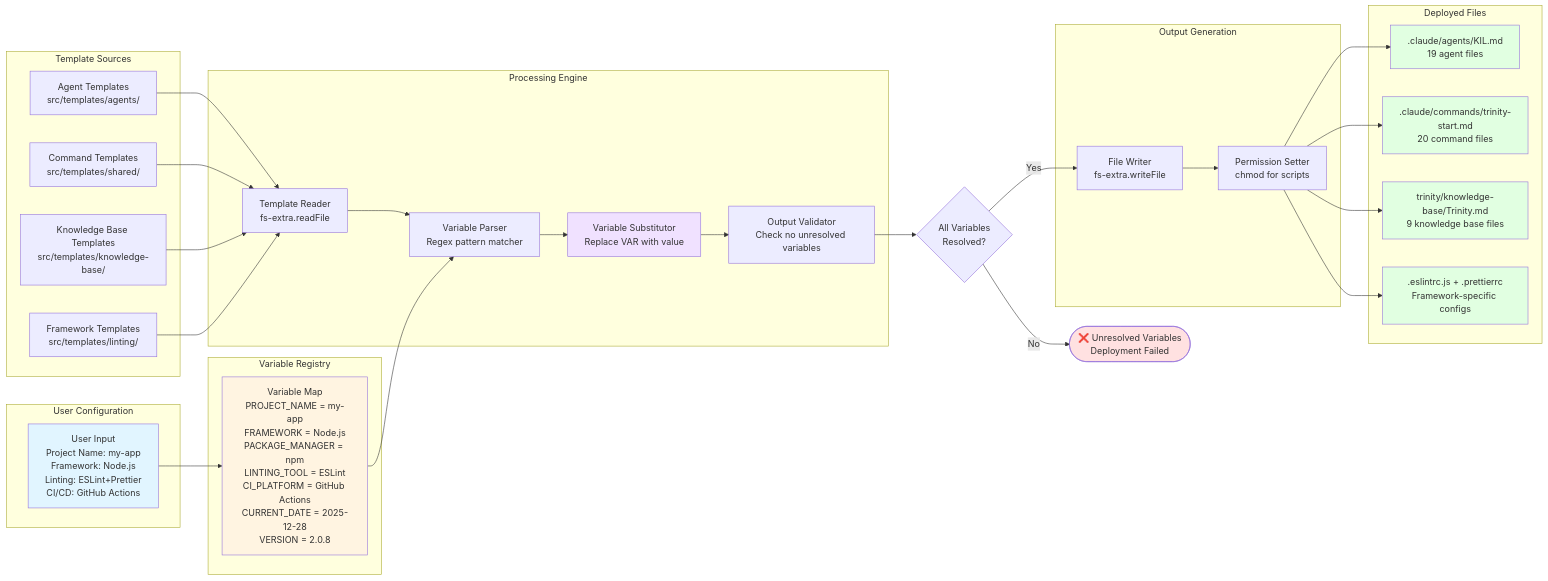
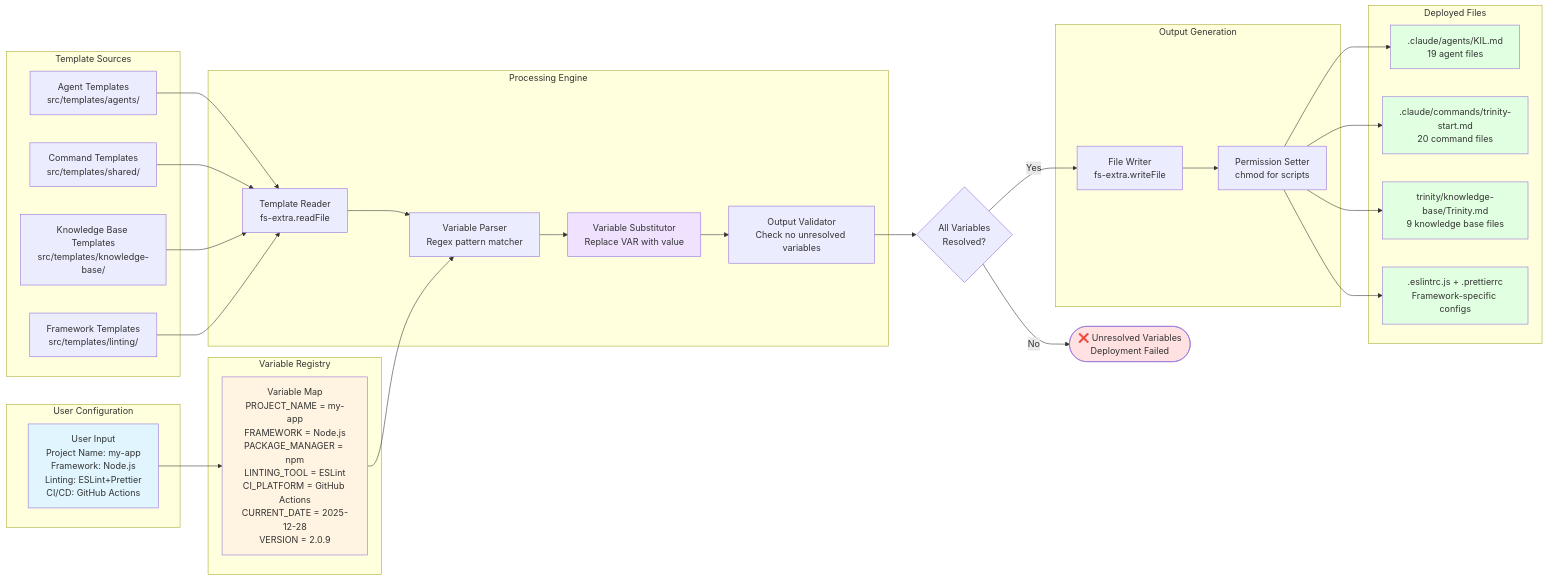
One commit to lukadfagundes/trinity-method-sdk changed the diagram in docs/images/template-processing-pipeline.md. Above: the diagram before and after it, drawn with Mermaid. The commit also changed other lines of this file and 61 other files, not shown here.

````diff
--- a/docs/images/template-processing-pipeline.md
+++ b/docs/images/template-processing-pipeline.md
@@ -3,66 +3,66 @@
 ```mermaid
 flowchart LR
     subgraph "Template Sources"
         T1[Agent Templates<br/>src/templates/agents/]
         T2[Command Templates<br/>src/templates/shared/]
         T3[Knowledge Base Templates<br/>src/templates/knowledge-base/]
         T4[Framework Templates<br/>src/templates/linting/]
     end
 
     subgraph "User Configuration"
         CONFIG[User Input<br/>Project Name: my-app<br/>Framework: Node.js<br/>Linting: ESLint+Prettier<br/>CI/CD: GitHub Actions]
     end
 
     subgraph "Variable Registry"
-        VARS["Variable Map<br/>PROJECT_NAME = my-app<br/>FRAMEWORK = Node.js<br/>PACKAGE_MANAGER = npm<br/>LINTING_TOOL = ESLint<br/>CI_PLATFORM = GitHub Actions<br/>CURRENT_DATE = 2025-12-28<br/>VERSION = 2.0.8"]
+        VARS["Variable Map<br/>PROJECT_NAME = my-app<br/>FRAMEWORK = Node.js<br/>PACKAGE_MANAGER = npm<br/>LINTING_TOOL = ESLint<br/>CI_PLATFORM = GitHub Actions<br/>CURRENT_DATE = 2025-12-28<br/>VERSION = 2.0.9"]
     end
 
     subgraph "Processing Engine"
         READER[Template Reader<br/>fs-extra.readFile]
         PARSER["Variable Parser<br/>Regex pattern matcher"]
         SUBSTITUTOR["Variable Substitutor<br/>Replace VAR with value"]
         VALIDATOR["Output Validator<br/>Check no unresolved variables"]
     end
 
     subgraph "Output Generation"
         WRITER[File Writer<br/>fs-extra.writeFile]
         PERMS[Permission Setter<br/>chmod for scripts]
     end
 
     subgraph "Deployed Files"
         OUT1[.claude/agents/KIL.md<br/>19 agent files]
         OUT2[.claude/commands/trinity-start.md<br/>20 command files]
         OUT3[trinity/knowledge-base/Trinity.md<br/>9 knowledge base files]
         OUT4[.eslintrc.js + .prettierrc<br/>Framework-specific configs]
     end
 
     CONFIG --> VARS
     T1 --> READER
     T2 --> READER
     T3 --> READER
     T4 --> READER
 
     READER --> PARSER
     VARS --> PARSER
     PARSER --> SUBSTITUTOR
     SUBSTITUTOR --> VALIDATOR
 
     VALIDATOR --> DECISION{All Variables<br/>Resolved?}
     DECISION -->|No| ERROR([❌ Unresolved Variables<br/>Deployment Failed])
     DECISION -->|Yes| WRITER
 
     WRITER --> PERMS
     PERMS --> OUT1
     PERMS --> OUT2
     PERMS --> OUT3
     PERMS --> OUT4
 
     style CONFIG fill:#e1f5ff
     style VARS fill:#fff4e1
     style SUBSTITUTOR fill:#f0e1ff
     style OUT1 fill:#e1ffe1
     style OUT2 fill:#e1ffe1
     style OUT3 fill:#e1ffe1
     style OUT4 fill:#e1ffe1
     style ERROR fill:#ffe1e1
 ```
````
